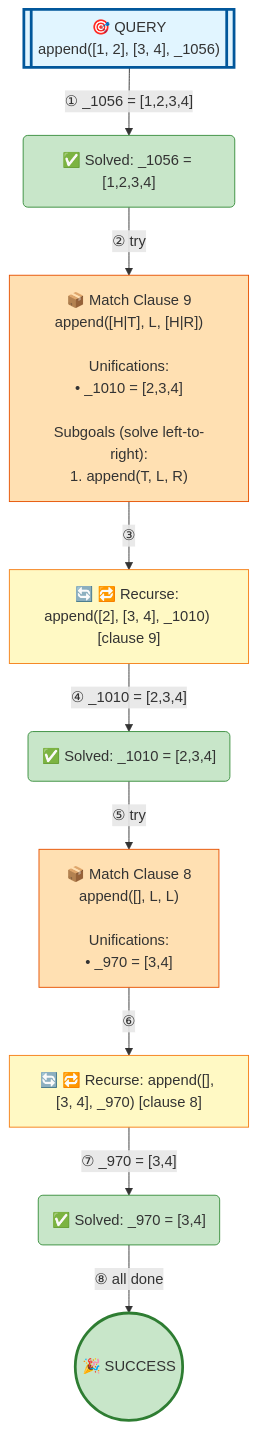
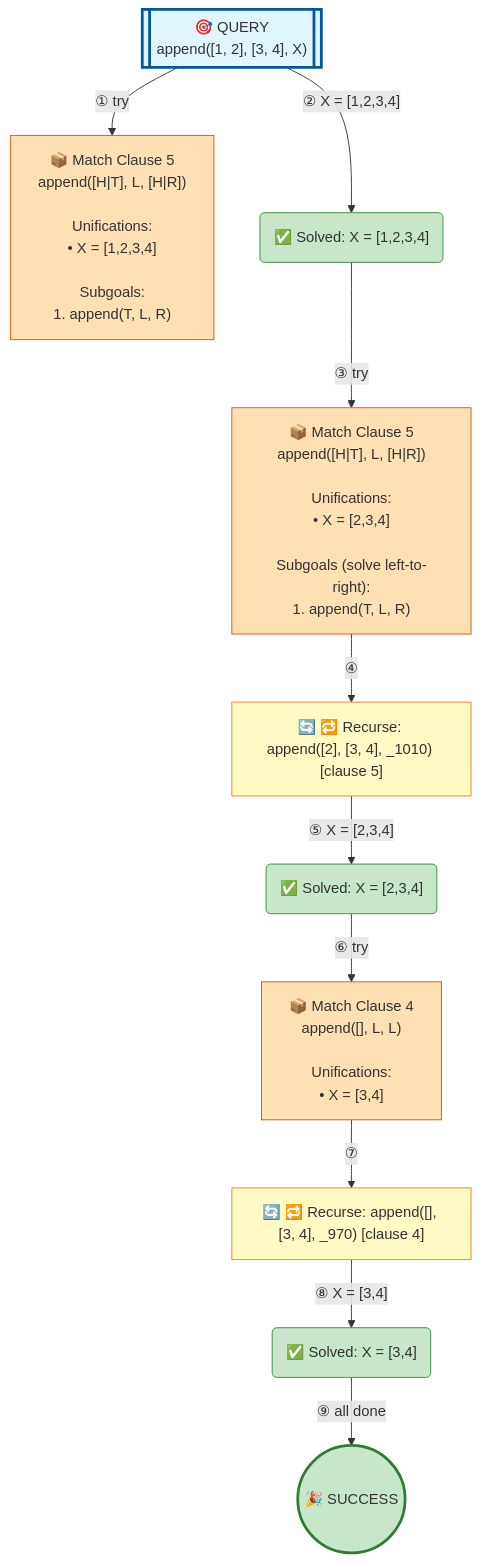
One commit to jarecsni/prolog-trace-viz changed the diagram in examples/append-full.md. Above: the diagram before and after it, drawn with Mermaid. The commit also changed other lines of this file and 26 other files, not shown here.

````diff
--- a/examples/append-full.md
+++ b/examples/append-full.md
@@ -16,35 +16,38 @@
 ```mermaid
 graph TD
 
 %% Nodes
-A[["🎯 QUERY<br/>append([1, 2], [3, 4], _1056)"]]
-B("✅ Solved: _1056 = [1,2,3,4]")
-C["🔄 🔁 Recurse: append([2], [3, 4], _1010) [clause 9]"]
-D["📦 Match Clause 9<br/>append([H|T], L, [H|R])<br/><br/>Unifications:<br/>• _1010 = [2,3,4]<br/><br/>Subgoals (solve left-to-right):<br/>1. append(T, L, R)"]
-E("✅ Solved: _1010 = [2,3,4]")
-F["🔄 🔁 Recurse: append([], [3, 4], _970) [clause 8]"]
-G["📦 Match Clause 8<br/>append([], L, L)<br/><br/>Unifications:<br/>• _970 = [3,4]"]
-H("✅ Solved: _970 = [3,4]")
-I(("🎉 SUCCESS"))
+A[["🎯 QUERY<br/>append([1, 2], [3, 4], X)"]]
+B["📦 Match Clause 5<br/>append([H|T], L, [H|R])<br/><br/>Unifications:<br/>• X = [1,2,3,4]<br/><br/>Subgoals:<br/>1. append(T, L, R)"]
+C("✅ Solved: X = [1,2,3,4]")
+D["🔄 🔁 Recurse: append([2], [3, 4], _1010) [clause 5]"]
+E["📦 Match Clause 5<br/>append([H|T], L, [H|R])<br/><br/>Unifications:<br/>• X = [2,3,4]<br/><br/>Subgoals (solve left-to-right):<br/>1. append(T, L, R)"]
+F("✅ Solved: X = [2,3,4]")
+G["🔄 🔁 Recurse: append([], [3, 4], _970) [clause 4]"]
+H["📦 Match Clause 4<br/>append([], L, L)<br/><br/>Unifications:<br/>• X = [3,4]"]
+I("✅ Solved: X = [3,4]")
+J(("🎉 SUCCESS"))
 
 %% Edges
-A -->|"① _1056 = [1,2,3,4]"| B
-B -->|"② try"| D
-D -->|"③"| C
-C -->|"④ _1010 = [2,3,4]"| E
-E -->|"⑤ try"| G
-G -->|"⑥"| F
-F -->|"⑦ _970 = [3,4]"| H
-H -->|"⑧ all done"| I
+A -->|"① try"| B
+A -->|"② X = [1,2,3,4]"| C
+C -->|"③ try"| E
+E -->|"④"| D
+D -->|"⑤ X = [2,3,4]"| F
+F -->|"⑥ try"| H
+H -->|"⑦"| G
+G -->|"⑧ X = [3,4]"| I
+I -->|"⑨ all done"| J
 
 %% Styles
 style A fill:#e1f5ff,stroke:#01579b,stroke-width:3px
-style B fill:#c8e6c9,stroke:#388e3c
-style C fill:#fff9c4,stroke:#f57f17
-style D fill:#ffe0b2,stroke:#e65100
-style E fill:#c8e6c9,stroke:#388e3c
-style F fill:#fff9c4,stroke:#f57f17
-style G fill:#ffe0b2,stroke:#e65100
-style H fill:#c8e6c9,stroke:#388e3c
-style I fill:#c8e6c9,stroke:#2e7d32,stroke-width:3px
+style B fill:#ffe0b2,stroke:#e65100
+style C fill:#c8e6c9,stroke:#388e3c
+style D fill:#fff9c4,stroke:#f57f17
+style E fill:#ffe0b2,stroke:#e65100
+style F fill:#c8e6c9,stroke:#388e3c
+style G fill:#fff9c4,stroke:#f57f17
+style H fill:#ffe0b2,stroke:#e65100
+style I fill:#c8e6c9,stroke:#388e3c
+style J fill:#c8e6c9,stroke:#2e7d32,stroke-width:3px
 ```
````
